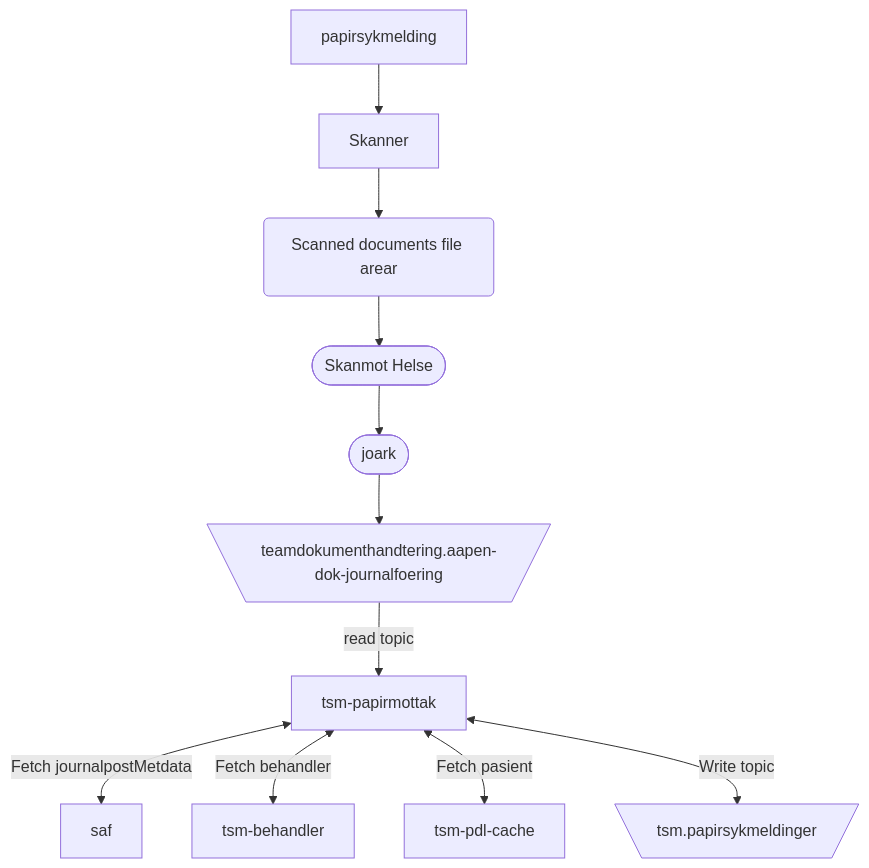
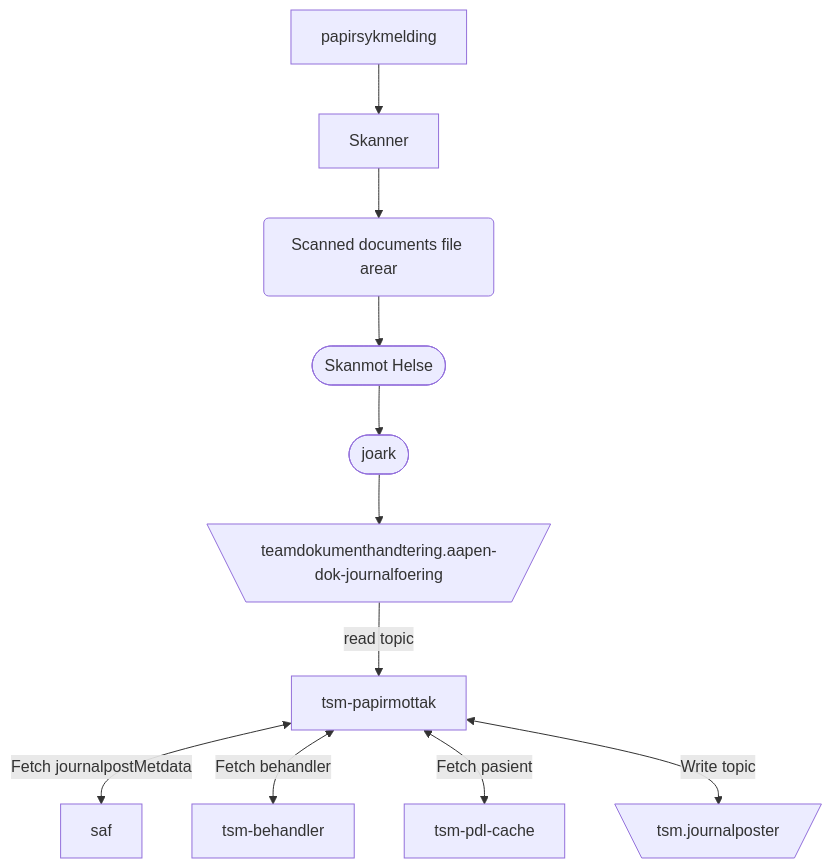
One commit to navikt/tsm-papirmottak changed the diagram in README.md. Above: the diagram before and after it, drawn with Mermaid. The commit also changed 7 other files, not shown here.

Commit message:
chore: updated FlowChart and created sealed-interface

````diff
--- a/README.md
+++ b/README.md
@@ -7,14 +7,13 @@
 ```mermaid
   graph TD
     papirsykmelding --> Skanner
     Skanner --> id1(Scanned documents file area)
     id1(Scanned documents file arear) --> id2([Skanmot Helse])
     id2([Skanmot Helse]) --> id3([joark])
     id3([joark]) --> A[\teamdokumenthandtering.aapen-dok-journalfoering/]
     A[\teamdokumenthandtering.aapen-dok-journalfoering/] --> |read topic| id4[tsm-papirmottak]
     id4[tsm-papirmottak] <--> |Fetch journalpostMetdata| id5[saf]
     id4[tsm-papirmottak] <--> |Fetch behandler| id6[tsm-behandler]
     id4[tsm-papirmottak] <--> |Fetch pasient| id7[tsm-pdl-cache]
-    id4[tsm-papirmottak] <--> |Write topic| C[\tsm.papirsykmeldinger
-/]
+    id4[tsm-papirmottak] <--> |Write topic| C[\tsm.journalposter/]
 ```
````
